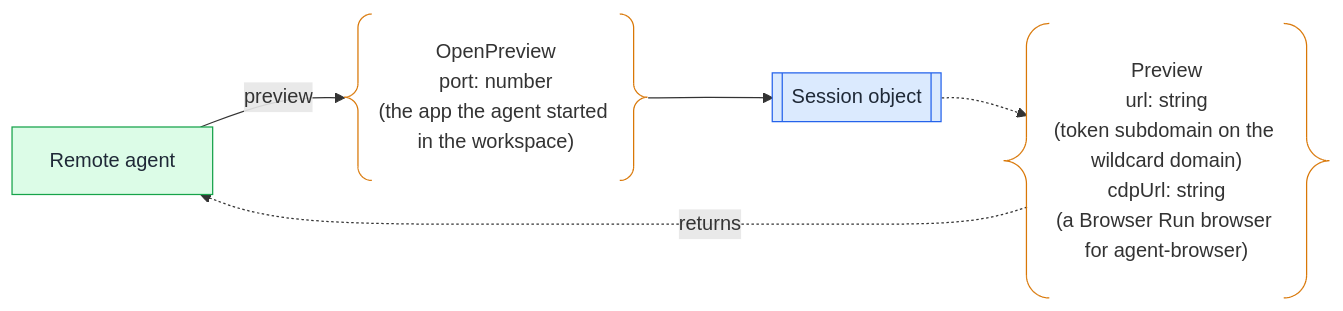
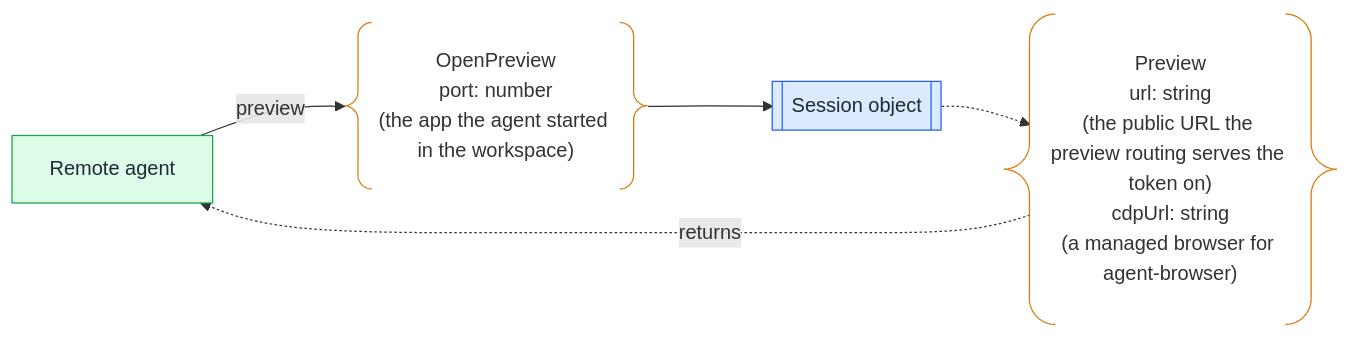
One commit to asermax/tentacles changed the eighth of 8 diagrams in docs/technical-design/workspace.md. Above: the diagram before and after it, drawn with Mermaid. The commit also changed other lines of this file and 14 other files, not shown here.

````diff
--- a/docs/technical-design/workspace.md
+++ b/docs/technical-design/workspace.md
@@ -108,19 +238,19 @@
 ```mermaid
 flowchart LR
   agent@{ shape: rect, label: "Remote agent" } -->|"preview"| inp@{ shape: braces, label: "OpenPreview
   port: number
   (the app the agent started in the workspace)" }
   inp --> session@{ shape: subproc, label: "Session object" }
   session -.-> out@{ shape: braces, label: "Preview
   url: string
-  (token subdomain on the wildcard domain)
+  (the public URL the preview routing serves the token on)
   cdpUrl: string
-  (a Browser Run browser for agent-browser)" }
+  (a managed browser for agent-browser)" }
   out -.->|"returns"| agent
   classDef session fill:#dbeafe,stroke:#2563eb,color:#1f2937
   classDef flow fill:#dcfce7,stroke:#16a34a,color:#1f2937
   classDef payload stroke:#d97706
   class agent flow
   class session session
   class inp,out payload
 ```
````
